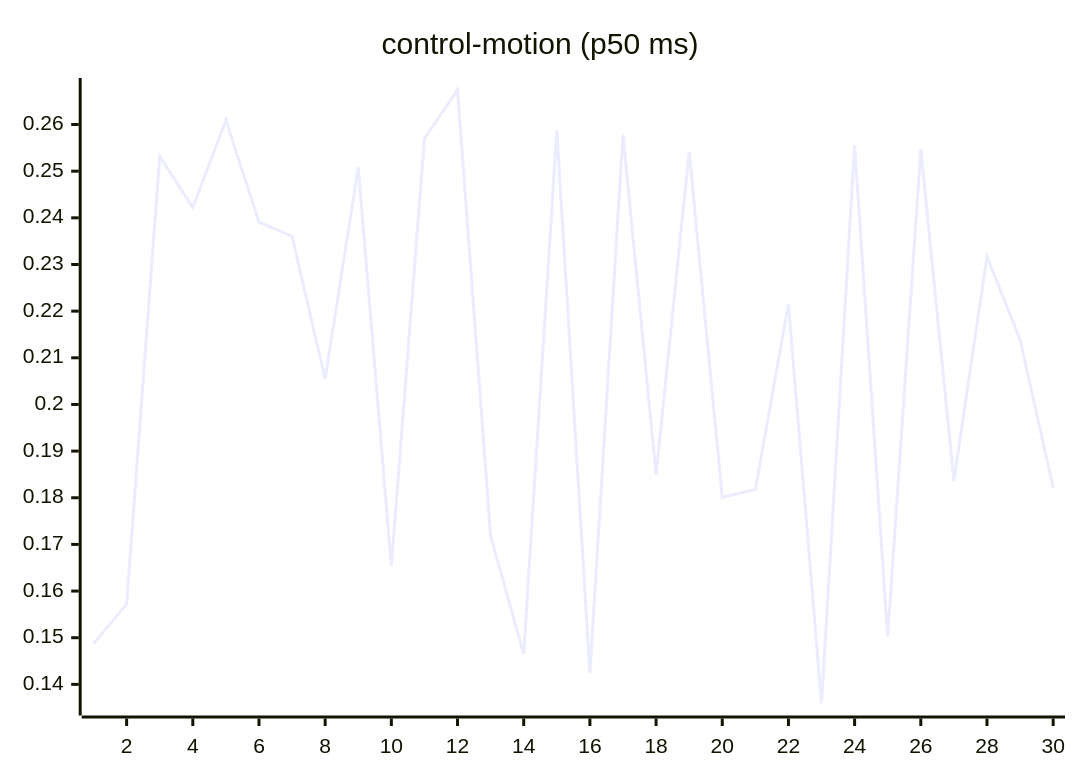
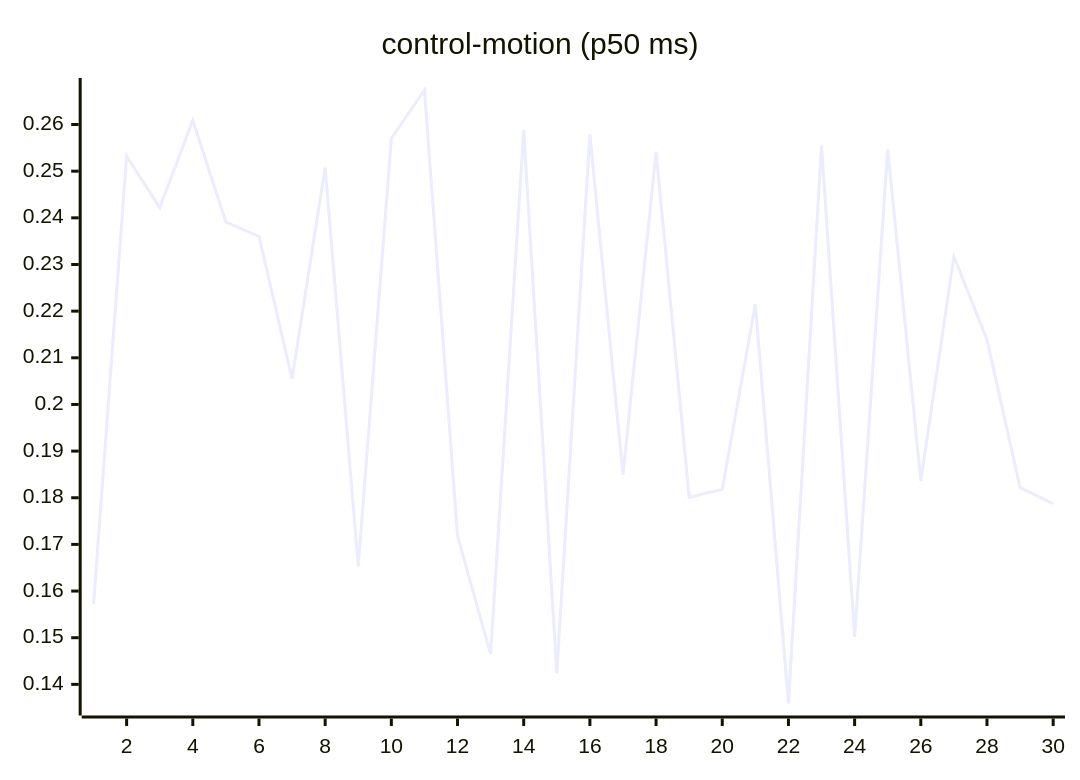
Before and after one commit to josha/Facet: the seventh of 27 diagrams in README.md, drawn with Mermaid. The commit also changed other lines of this file and 2 other files, not shown here.

````diff
--- a/README.md
+++ b/README.md
@@ -105,6 +105,6 @@
 ```mermaid
 xychart-beta
     title "control-motion (p50 ms)"
     x-axis 1 --> 30
-    line [0.1487, 0.1572, 0.2532, 0.2422, 0.2609, 0.2391, 0.2360, 0.2055, 0.2508, 0.1653, 0.2570, 0.2674, 0.1718, 0.1465, 0.2588, 0.1424, 0.2579, 0.1849, 0.2542, 0.1801, 0.1818, 0.2215, 0.1359, 0.2555, 0.1502, 0.2547, 0.1836, 0.2317, 0.2139, 0.1822]
+    line [0.1572, 0.2532, 0.2422, 0.2609, 0.2391, 0.2360, 0.2055, 0.2508, 0.1653, 0.2570, 0.2674, 0.1718, 0.1465, 0.2588, 0.1424, 0.2579, 0.1849, 0.2542, 0.1801, 0.1818, 0.2215, 0.1359, 0.2555, 0.1502, 0.2547, 0.1836, 0.2317, 0.2139, 0.1822, 0.1787]
 ```
````
